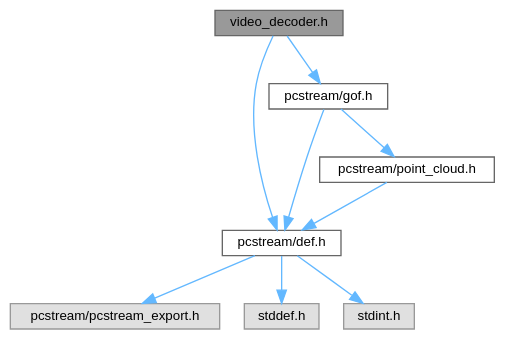
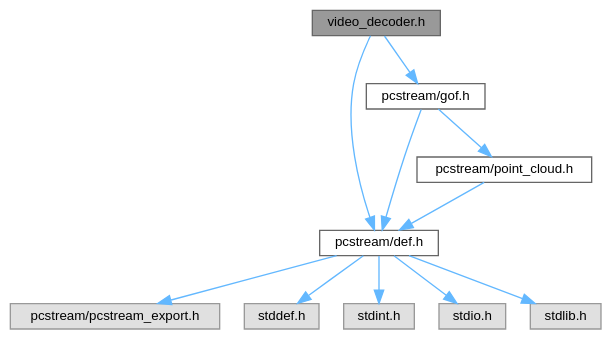
One commit to QuangNguyenLong/pcstream changed the diagram in video__decoder_8h__incl.dot. Above: the diagram before and after it, drawn with Graphviz. The commit also changed 40 other files, not shown here.

```diff
--- a/video__decoder_8h__incl.dot
+++ b/video__decoder_8h__incl.dot
@@ -1,22 +1,26 @@
 digraph "video_decoder.h"
 {
  // LATEX_PDF_SIZE
   bgcolor="transparent";
   edge [fontname=Helvetica,fontsize=10,labelfontname=Helvetica,labelfontsize=10];
   node [fontname=Helvetica,fontsize=10,shape=box,height=0.2,width=0.4];
   Node1 [id="Node000001",label="video_decoder.h",height=0.2,width=0.4,color="gray40", fillcolor="grey60", style="filled", fontcolor="black",tooltip=" "];
   Node1 -> Node2 [id="edge1_Node000001_Node000002",color="steelblue1",style="solid",tooltip=" "];
   Node2 [id="Node000002",label="pcstream/def.h",height=0.2,width=0.4,color="grey40", fillcolor="white", style="filled",URL="$def_8h.html",tooltip=" "];
   Node2 -> Node3 [id="edge2_Node000002_Node000003",color="steelblue1",style="solid",tooltip=" "];
   Node3 [id="Node000003",label="pcstream/pcstream_export.h",height=0.2,width=0.4,color="grey60", fillcolor="#E0E0E0", style="filled",tooltip=" "];
   Node2 -> Node4 [id="edge3_Node000002_Node000004",color="steelblue1",style="solid",tooltip=" "];
   Node4 [id="Node000004",label="stddef.h",height=0.2,width=0.4,color="grey60", fillcolor="#E0E0E0", style="filled",tooltip=" "];
   Node2 -> Node5 [id="edge4_Node000002_Node000005",color="steelblue1",style="solid",tooltip=" "];
   Node5 [id="Node000005",label="stdint.h",height=0.2,width=0.4,color="grey60", fillcolor="#E0E0E0", style="filled",tooltip=" "];
-  Node1 -> Node6 [id="edge5_Node000001_Node000006",color="steelblue1",style="solid",tooltip=" "];
-  Node6 [id="Node000006",label="pcstream/gof.h",height=0.2,width=0.4,color="grey40", fillcolor="white", style="filled",URL="$gof_8h.html",tooltip=" "];
-  Node6 -> Node2 [id="edge6_Node000006_Node000002",color="steelblue1",style="solid",tooltip=" "];
-  Node6 -> Node7 [id="edge7_Node000006_Node000007",color="steelblue1",style="solid",tooltip=" "];
-  Node7 [id="Node000007",label="pcstream/point_cloud.h",height=0.2,width=0.4,color="grey40", fillcolor="white", style="filled",URL="$point__cloud_8h.html",tooltip=" "];
-  Node7 -> Node2 [id="edge8_Node000007_Node000002",color="steelblue1",style="solid",tooltip=" "];
+  Node2 -> Node6 [id="edge5_Node000002_Node000006",color="steelblue1",style="solid",tooltip=" "];
+  Node6 [id="Node000006",label="stdio.h",height=0.2,width=0.4,color="grey60", fillcolor="#E0E0E0", style="filled",tooltip=" "];
+  Node2 -> Node7 [id="edge6_Node000002_Node000007",color="steelblue1",style="solid",tooltip=" "];
+  Node7 [id="Node000007",label="stdlib.h",height=0.2,width=0.4,color="grey60", fillcolor="#E0E0E0", style="filled",tooltip=" "];
+  Node1 -> Node8 [id="edge7_Node000001_Node000008",color="steelblue1",style="solid",tooltip=" "];
+  Node8 [id="Node000008",label="pcstream/gof.h",height=0.2,width=0.4,color="grey40", fillcolor="white", style="filled",URL="$gof_8h.html",tooltip=" "];
+  Node8 -> Node2 [id="edge8_Node000008_Node000002",color="steelblue1",style="solid",tooltip=" "];
+  Node8 -> Node9 [id="edge9_Node000008_Node000009",color="steelblue1",style="solid",tooltip=" "];
+  Node9 [id="Node000009",label="pcstream/point_cloud.h",height=0.2,width=0.4,color="grey40", fillcolor="white", style="filled",URL="$point__cloud_8h.html",tooltip=" "];
+  Node9 -> Node2 [id="edge10_Node000009_Node000002",color="steelblue1",style="solid",tooltip=" "];
 }
```
